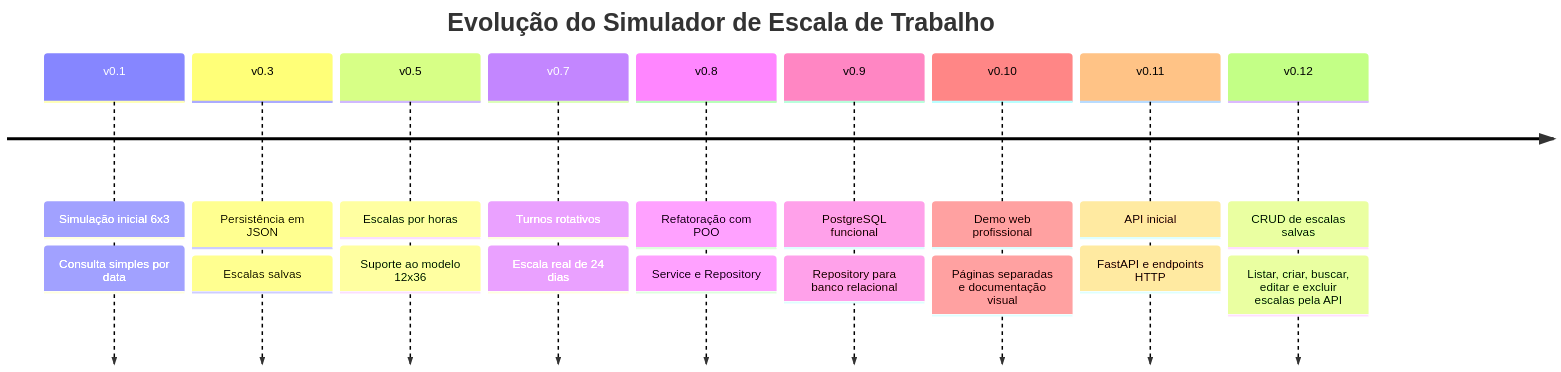
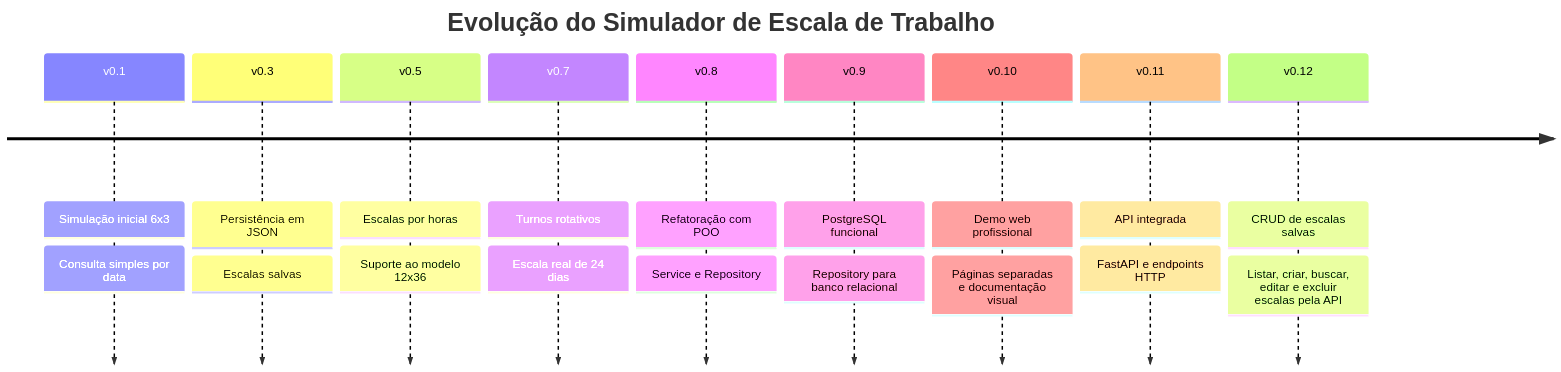
Before and after one commit to Dinox75/simulador-escala-trabalho: the first of 4 diagrams in README.md, drawn with Mermaid. The commit also changed other lines of this file and 5 other files, not shown here.

````diff
--- a/README.md
+++ b/README.md
@@ -160,22 +172,22 @@
 ```mermaid
 timeline
     title Evolução do Simulador de Escala de Trabalho
     v0.1 : Simulação inicial 6x3
          : Consulta simples por data
     v0.3 : Persistência em JSON
          : Escalas salvas
     v0.5 : Escalas por horas
          : Suporte ao modelo 12x36
     v0.7 : Turnos rotativos
          : Escala real de 24 dias
     v0.8 : Refatoração com POO
          : Service e Repository
     v0.9 : PostgreSQL funcional
          : Repository para banco relacional
     v0.10 : Demo web profissional
           : Páginas separadas e documentação visual
-    v0.11 : API inicial
+    v0.11 : API integrada
           : FastAPI e endpoints HTTP
     v0.12 : CRUD de escalas salvas
           : Listar, criar, buscar, editar e excluir escalas pela API
 ```
````
